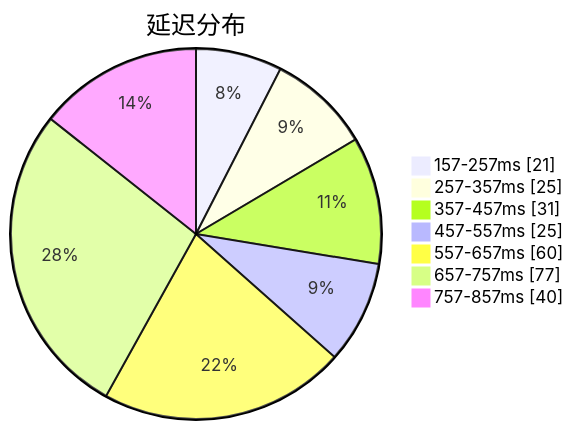
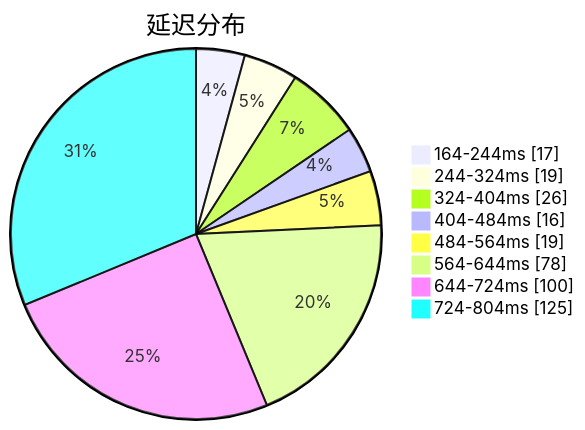
The first of 3 diagrams in subs/statistics/tested_within.md (qjlxg/airport), drawn with Mermaid before and after one commit. The commit also changed other lines of this file and 2 other files, not shown here.

Commit message:
Tested by metaST

````diff
--- a/subs/statistics/tested_within.md
+++ b/subs/statistics/tested_within.md
@@ -2,11 +2,12 @@
 ```mermaid
 pie showData
 title 延迟分布
-"157-257ms" : 21
-"257-357ms" : 25
-"357-457ms" : 31
-"457-557ms" : 25
-"557-657ms" : 60
-"657-757ms" : 77
-"757-857ms" : 40
+"164-244ms" : 17
+"244-324ms" : 19
+"324-404ms" : 26
+"404-484ms" : 16
+"484-564ms" : 19
+"564-644ms" : 78
+"644-724ms" : 100
+"724-804ms" : 125
 ```
````
